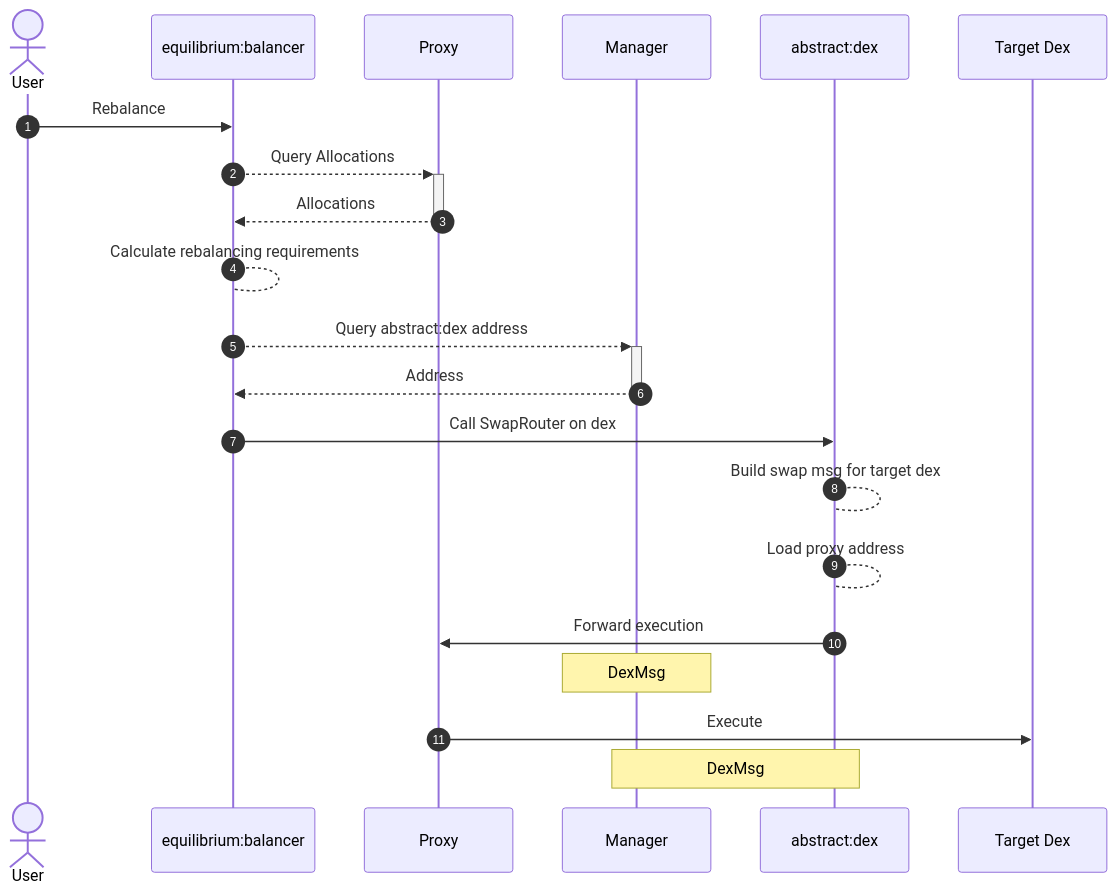
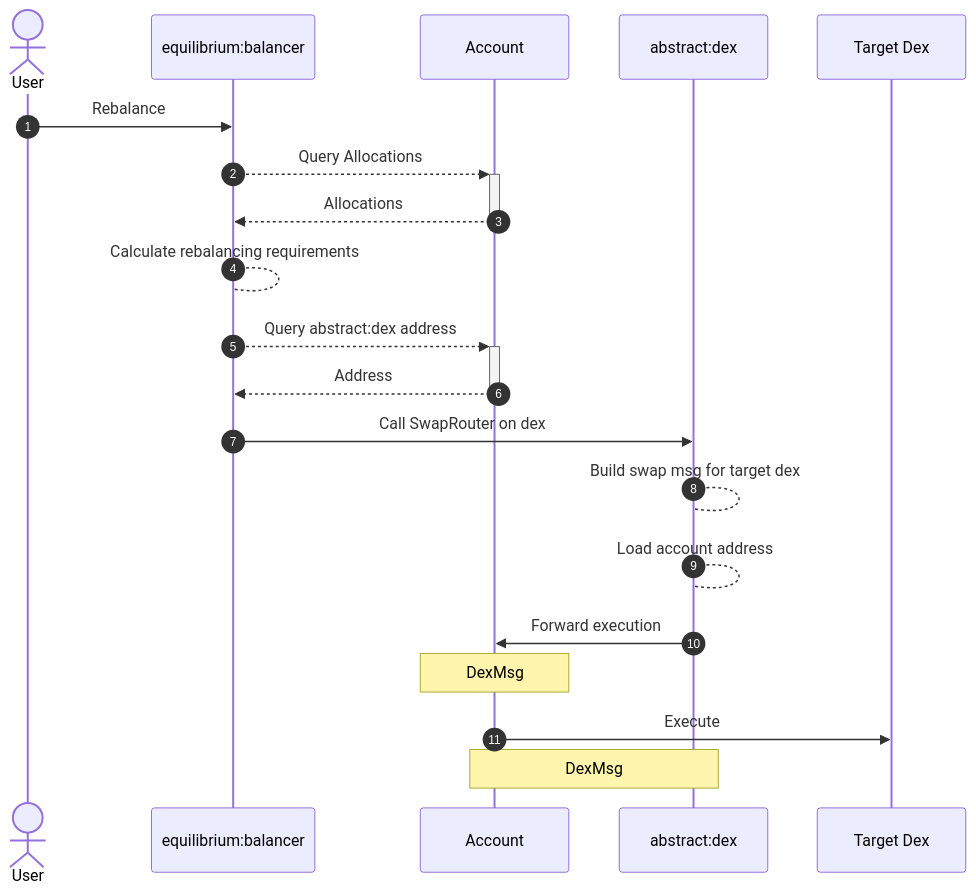
One commit to AbstractSDK/abstract changed the fifth of 5 diagrams in framework/docs/src/5_platform/8_modules.md. Above: the diagram before and after it, drawn with Mermaid. The commit also changed other lines of this file and 137 other files, not shown here.

````diff
--- a/framework/docs/src/5_platform/8_modules.md
+++ b/framework/docs/src/5_platform/8_modules.md
@@ -157,23 +153,22 @@
 ```mermaid
 sequenceDiagram
     autonumber
     actor U as User
     participant B as equilibrium:balancer
-    participant P as Proxy
-    participant M as Manager
+    participant A as Account
     participant D as abstract:dex
     participant T as Target Dex
     U ->> B: Rebalance
-    B -->>+ P: Query Allocations
-    P -->>- B: Allocations
+    B -->>+ A: Query Allocations
+    A -->>- B: Allocations
     B --> B: Calculate rebalancing requirements
-    B -->>+ M: Query abstract:dex address
-    M -->>- B: Address
+    B -->>+ A: Query abstract:dex address
+    A -->>- B: Address
     B ->> D: Call SwapRouter on dex
     D --> D: Build swap msg for target dex
-    D --> D: Load proxy address
-    D ->> P: Forward execution
-    Note over M: DexMsg
-    P ->> T: Execute
-    Note over D, M: DexMsg
+    D --> D: Load account address
+    D ->> A: Forward execution
+    Note over A: DexMsg
+    A ->> T: Execute
+    Note over D, A: DexMsg
 ```
````
